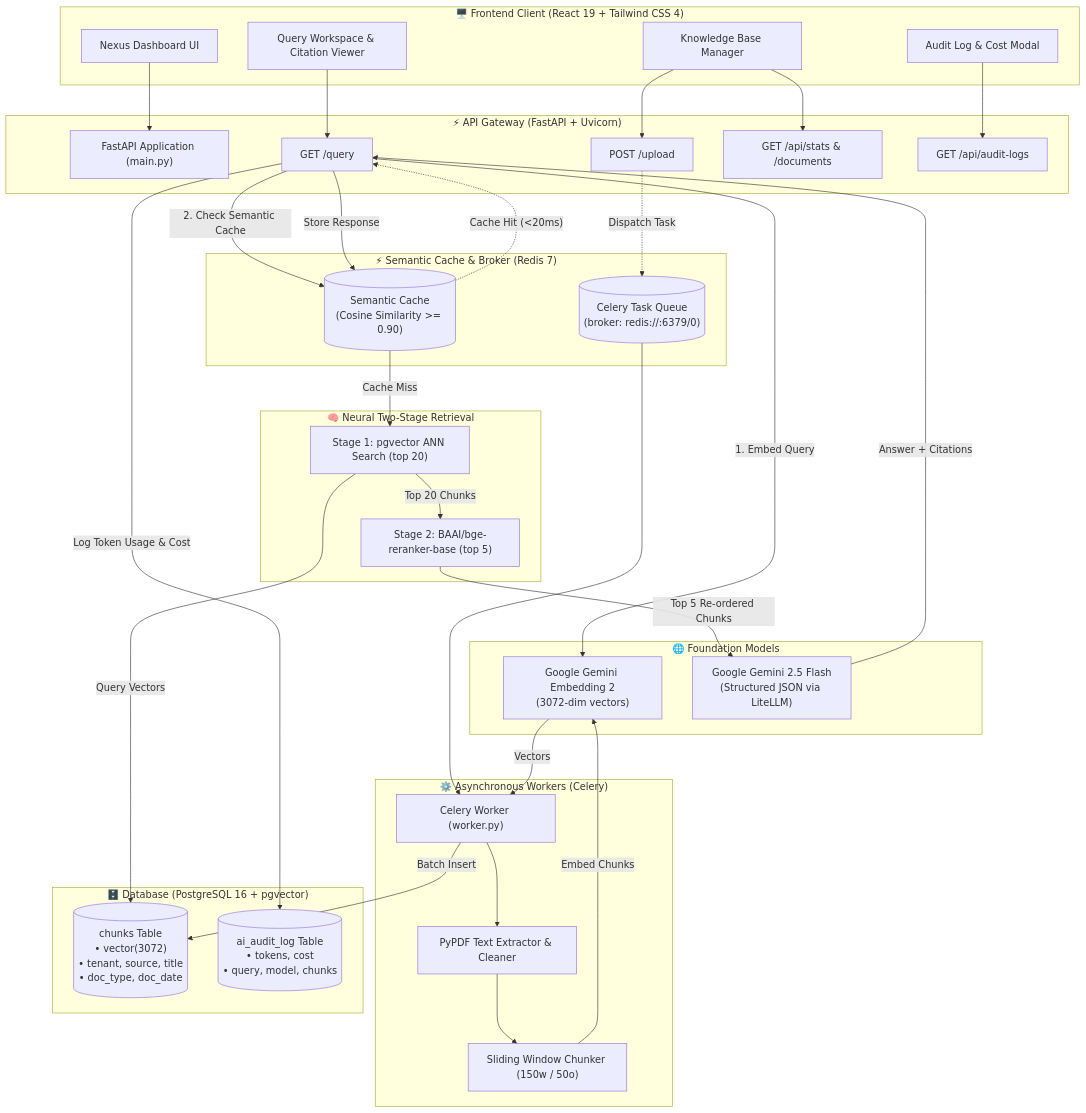
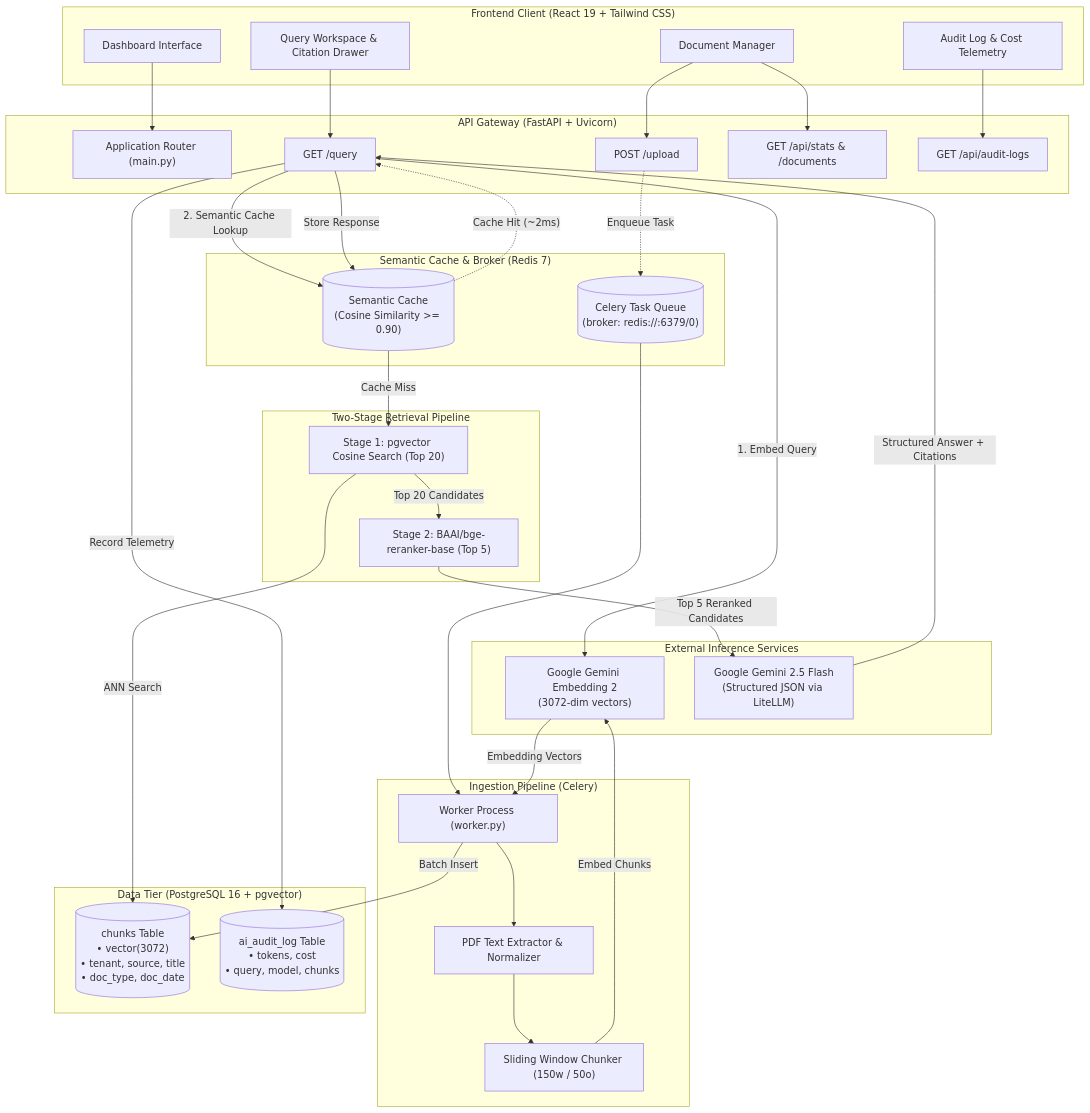
Before and after one commit to Shardul9999/RAG-From-Scratch: the first of 2 diagrams in README.md, drawn with Mermaid. The commit also changed other lines of this file, not shown here.

````diff
--- a/README.md
+++ b/README.md
@@ -49,70 +34,70 @@
 ```mermaid
 flowchart TB
-    subgraph ClientLayer["🖥️ Frontend Client (React 19 + Tailwind CSS 4)"]
-        UI["Nexus Dashboard UI"]
-        QW["Query Workspace & Citation Viewer"]
-        KB["Knowledge Base Manager"]
-        AL["Audit Log & Cost Modal"]
+    subgraph ClientLayer["Frontend Client (React 19 + Tailwind CSS)"]
+        UI["Dashboard Interface"]
+        QW["Query Workspace & Citation Drawer"]
+        KB["Document Manager"]
+        AL["Audit Log & Cost Telemetry"]
     end
 
-    subgraph APILayer["⚡ API Gateway (FastAPI + Uvicorn)"]
-        Router["FastAPI Application (main.py)"]
+    subgraph APILayer["API Gateway (FastAPI + Uvicorn)"]
+        Router["Application Router (main.py)"]
         UploadEP["POST /upload"]
         QueryEP["GET /query"]
         StatsEP["GET /api/stats & /documents"]
         AuditEP["GET /api/audit-logs"]
     end
 
-    subgraph CacheLayer["⚡ Semantic Cache & Broker (Redis 7)"]
+    subgraph CacheLayer["Semantic Cache & Broker (Redis 7)"]
         SemCache[("Semantic Cache\n(Cosine Similarity >= 0.90)")]
         TaskQueue[("Celery Task Queue\n(broker: redis://:6379/0)")]
     end
 
-    subgraph IngestionLayer["⚙️ Asynchronous Workers (Celery)"]
-        Worker["Celery Worker (worker.py)"]
-        Parser["PyPDF Text Extractor & Cleaner"]
+    subgraph IngestionLayer["Ingestion Pipeline (Celery)"]
+        Worker["Worker Process (worker.py)"]
+        Parser["PDF Text Extractor & Normalizer"]
         Chunker["Sliding Window Chunker (150w / 50o)"]
     end
 
-    subgraph RetrievalLayer["🧠 Neural Two-Stage Retrieval"]
-        PgVectorSearch["Stage 1: pgvector ANN Search (top 20)"]
-        RerankerModule["Stage 2: BAAI/bge-reranker-base (top 5)"]
+    subgraph RetrievalLayer["Two-Stage Retrieval Pipeline"]
+        PgVectorSearch["Stage 1: pgvector Cosine Search (Top 20)"]
+        RerankerModule["Stage 2: BAAI/bge-reranker-base (Top 5)"]
     end
 
-    subgraph StorageLayer["🗄️ Database (PostgreSQL 16 + pgvector)"]
+    subgraph StorageLayer["Data Tier (PostgreSQL 16 + pgvector)"]
         ChunksTable[("chunks Table\n• vector(3072)\n• tenant, source, title\n• doc_type, doc_date")]
         AuditTable[("ai_audit_log Table\n• tokens, cost\n• query, model, chunks")]
     end
 
-    subgraph ExternalModels["🌐 Foundation Models"]
+    subgraph ExternalModels["External Inference Services"]
         GeminiEmbed["Google Gemini Embedding 2\n(3072-dim vectors)"]
         GeminiLLM["Google Gemini 2.5 Flash\n(Structured JSON via LiteLLM)"]
     end
 
     %% Client Interactions
     UI --> Router
     QW --> QueryEP
     KB --> UploadEP
     KB --> StatsEP
     AL --> AuditEP
 
     %% Ingestion Flow
-    UploadEP -.->|"Dispatch Task"| TaskQueue
+    UploadEP -.->|"Enqueue Task"| TaskQueue
     TaskQueue --> Worker
     Worker --> Parser --> Chunker
     Chunker -->|"Embed Chunks"| GeminiEmbed
-    GeminiEmbed -->|"Vectors"| Worker
+    GeminiEmbed -->|"Embedding Vectors"| Worker
     Worker -->|"Batch Insert"| ChunksTable
 
-    %% Query & Retrieval Flow
+    %% Query Flow
     QueryEP -->|"1. Embed Query"| GeminiEmbed
-    QueryEP -->|"2. Check Semantic Cache"| SemCache
-    SemCache -.->|"Cache Hit (<20ms)"| QueryEP
+    QueryEP -->|"2. Semantic Cache Lookup"| SemCache
+    SemCache -.->|"Cache Hit (~2ms)"| QueryEP
     SemCache -->|"Cache Miss"| PgVectorSearch
-    PgVectorSearch -->|"Query Vectors"| ChunksTable
-    PgVectorSearch -->|"Top 20 Chunks"| RerankerModule
-    RerankerModule -->|"Top 5 Re-ordered Chunks"| GeminiLLM
-    GeminiLLM -->|"Answer + Citations"| QueryEP
+    PgVectorSearch -->|"ANN Search"| ChunksTable
+    PgVectorSearch -->|"Top 20 Candidates"| RerankerModule
+    RerankerModule -->|"Top 5 Reranked Candidates"| GeminiLLM
+    GeminiLLM -->|"Structured Answer + Citations"| QueryEP
     QueryEP -->|"Store Response"| SemCache
-    QueryEP -->|"Log Token Usage & Cost"| AuditTable
+    QueryEP -->|"Record Telemetry"| AuditTable
 ```
````
